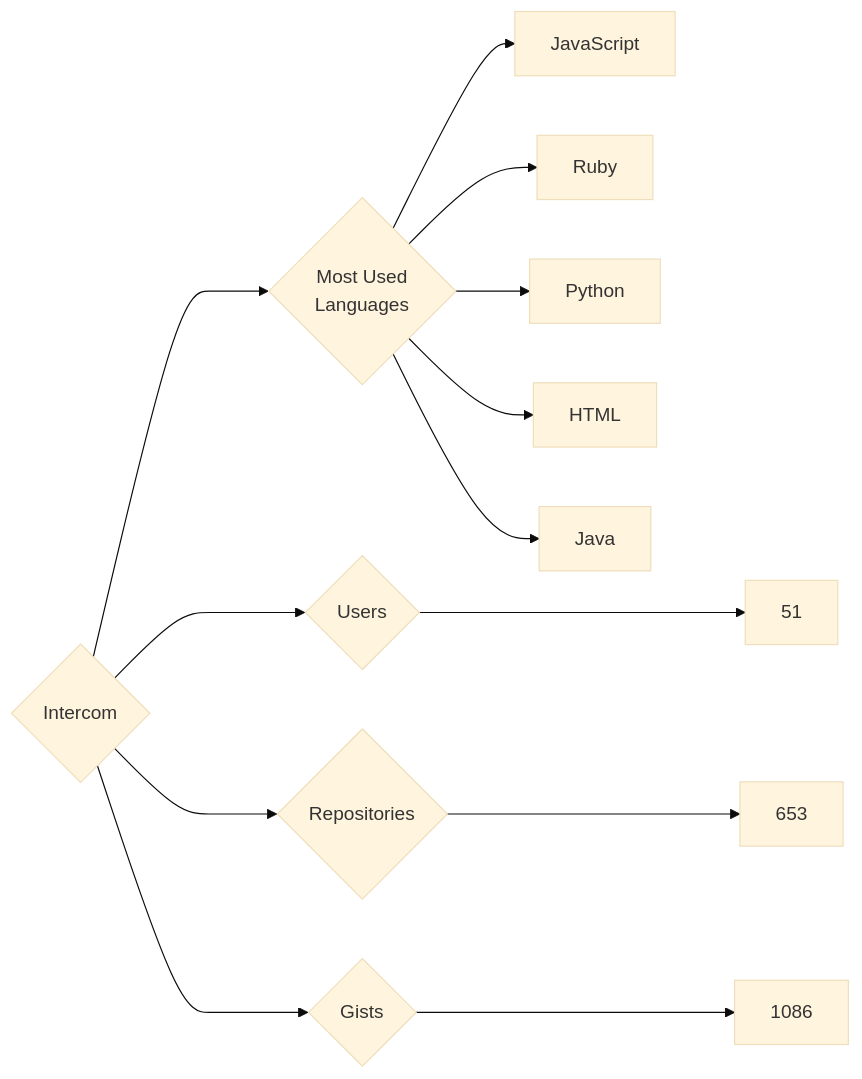
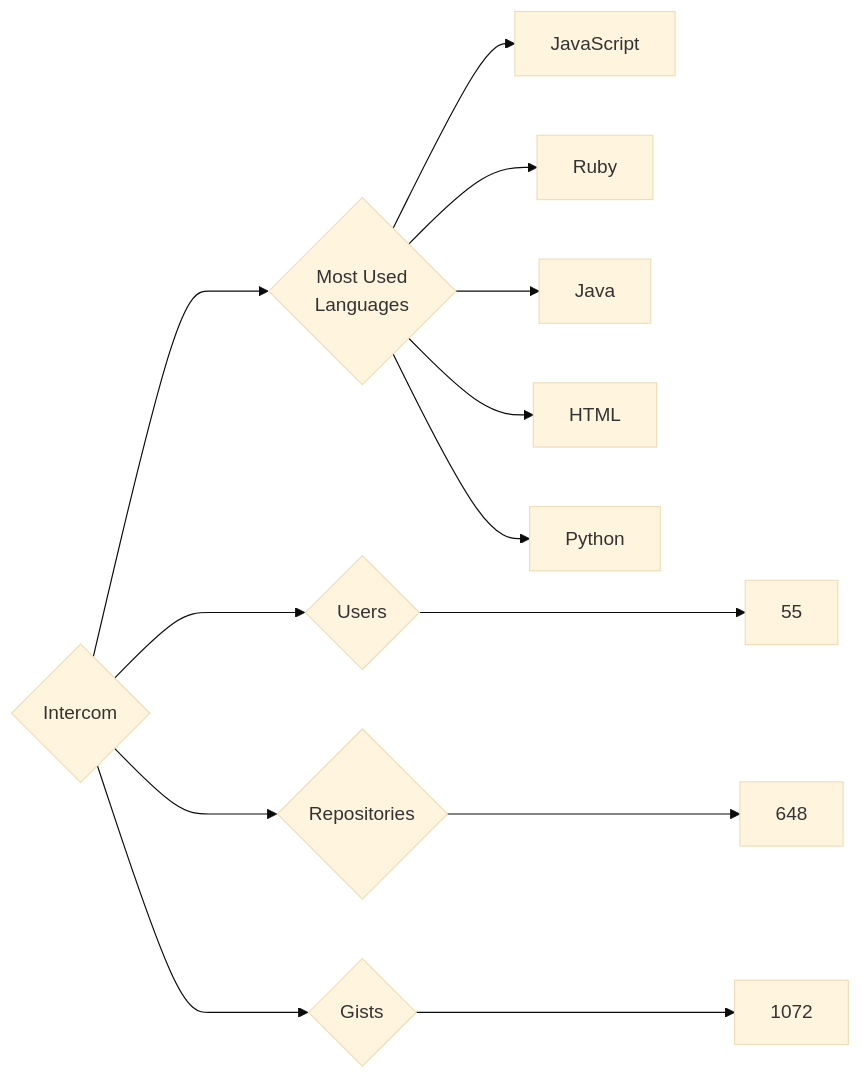
The diagram in targets/Intercom/README.md (trickest/insiders), drawn with Mermaid (base theme) before and after one commit. The commit also changed 927 other files, not shown here.

````diff
--- a/targets/Intercom/README.md
+++ b/targets/Intercom/README.md
@@ -3,13 +3,13 @@
 ```mermaid
 graph LR
 COMPANY_NAME{Intercom}
-COMPANY_NAME ---> U{Users} ---> UN[51]
-COMPANY_NAME ---> R{Repositories} ---> RN[653]
-COMPANY_NAME ---> G{Gists} ---> GN[1086]
+COMPANY_NAME ---> U{Users} ---> UN[55]
+COMPANY_NAME ---> R{Repositories} ---> RN[648]
+COMPANY_NAME ---> G{Gists} ---> GN[1072]
 COMPANY_NAME ---> ML{Most Used<br>Languages}
 ML --> JavaScript[JavaScript]
 ML --> Ruby[Ruby]
+ML --> Java[Java]
+ML --> HTML[HTML]
 ML --> Python[Python]
-ML --> HTML[HTML]
-ML --> Java[Java]
 ```
````
